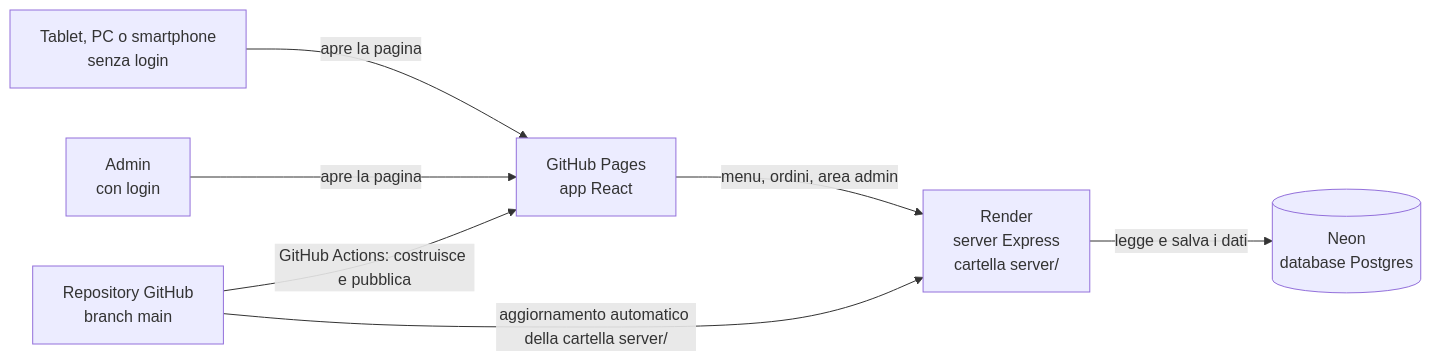
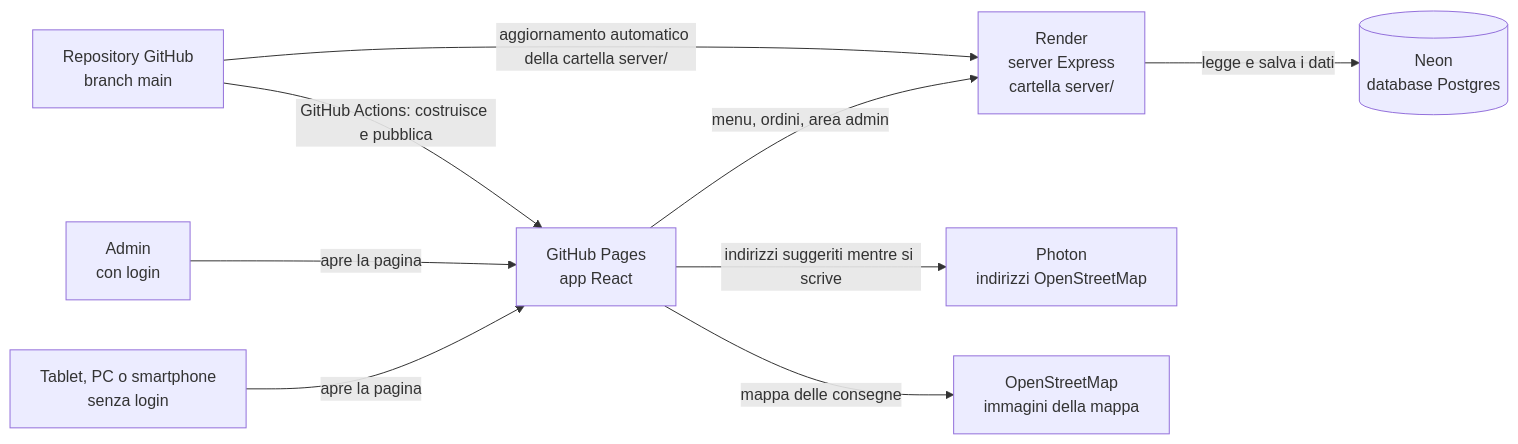
Before and after one commit to Josecontis/RestaurantManager: the first of 9 diagrams in doc/piano-server-database.md, drawn with Mermaid. The commit also changed other lines of this file, not shown here.

````diff
--- a/doc/piano-server-database.md
+++ b/doc/piano-server-database.md
@@ -13,9 +13,11 @@
 ```mermaid
 graph LR
   T["Tablet, PC o smartphone<br/>senza login"] -->|apre la pagina| GP["GitHub Pages<br/>app React"]
   A["Admin<br/>con login"] -->|apre la pagina| GP
   GP -->|menu, ordini, area admin| R["Render<br/>server Express<br/>cartella server/"]
   R -->|legge e salva i dati| N[("Neon<br/>database Postgres")]
   GH["Repository GitHub<br/>branch main"] -->|GitHub Actions: costruisce e pubblica| GP
   GH -->|aggiornamento automatico della cartella server/| R
+  GP -->|indirizzi suggeriti mentre si scrive| PH["Photon<br/>indirizzi OpenStreetMap"]
+  GP -->|mappa delle consegne| OSM["OpenStreetMap<br/>immagini della mappa"]
 ```
````
